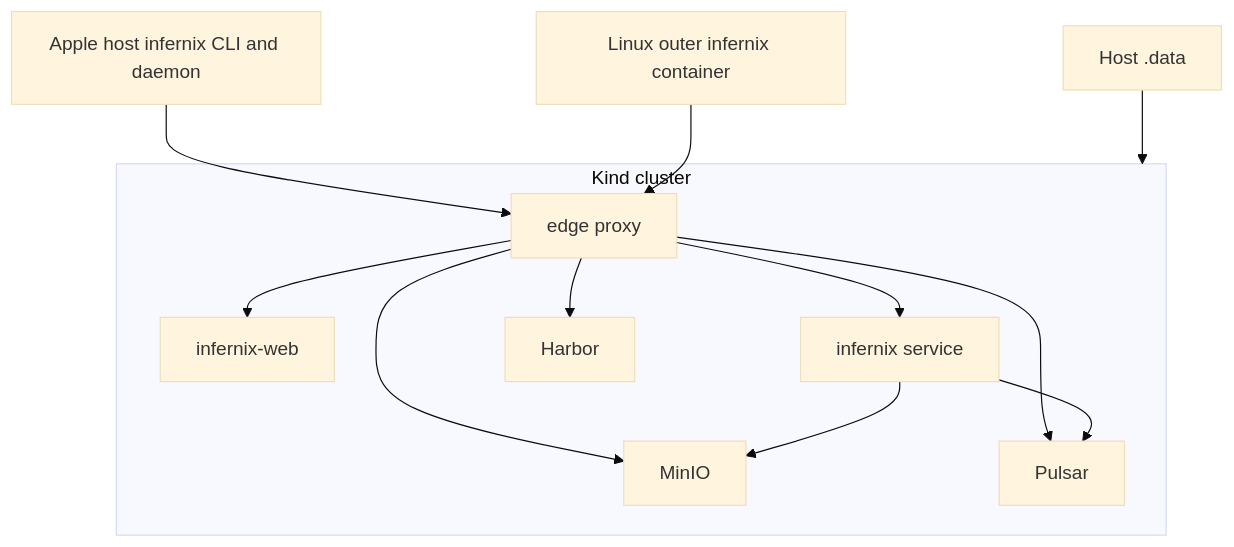
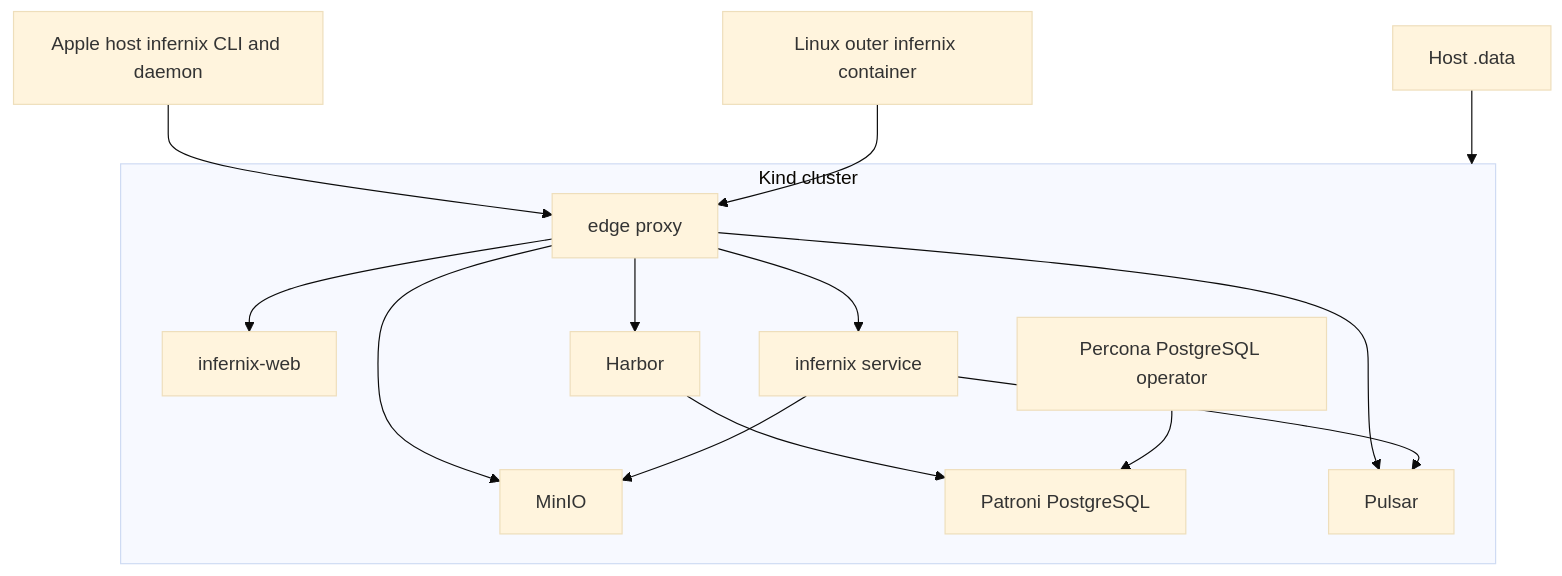
The diagram in DEVELOPMENT_PLAN/00-overview.md (Tuee22/infernix), drawn with Mermaid (base theme) before and after one commit. The commit also changed other lines of this file and 30 other files, not shown here.

````diff
--- a/DEVELOPMENT_PLAN/00-overview.md
+++ b/DEVELOPMENT_PLAN/00-overview.md
@@ -64,26 +72,30 @@
 ```mermaid
 flowchart TB
     apple["Apple host infernix CLI and daemon"]
     linux["Linux outer infernix container"]
     data["Host .data"]
 
     subgraph kind["Kind cluster"]
         edge["edge proxy"]
         web["infernix-web"]
         service["infernix service"]
         harbor["Harbor"]
         minio["MinIO"]
+        pgop["Percona PostgreSQL operator"]
+        postgres["Patroni PostgreSQL"]
         pulsar["Pulsar"]
     end
 
     apple --> edge
     linux --> edge
     edge --> web
     edge --> service
     edge --> harbor
     edge --> minio
     edge --> pulsar
+    harbor --> postgres
+    pgop --> postgres
     service --> minio
     service --> pulsar
     data --> kind
 ```
````
